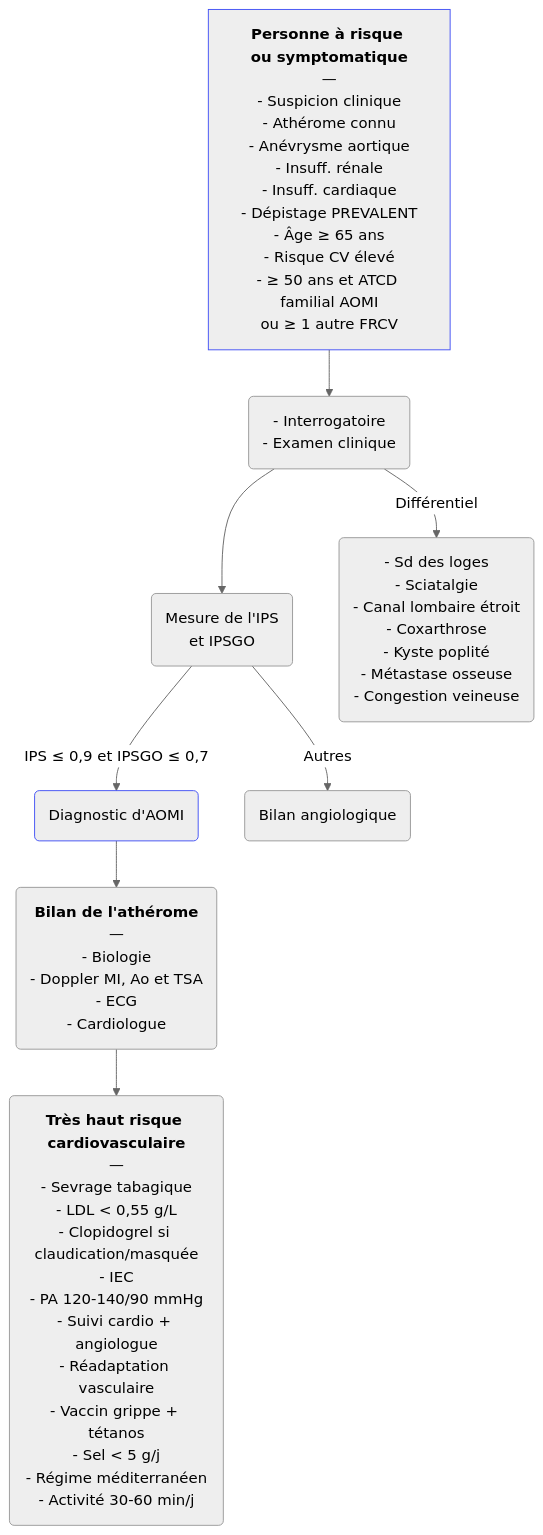
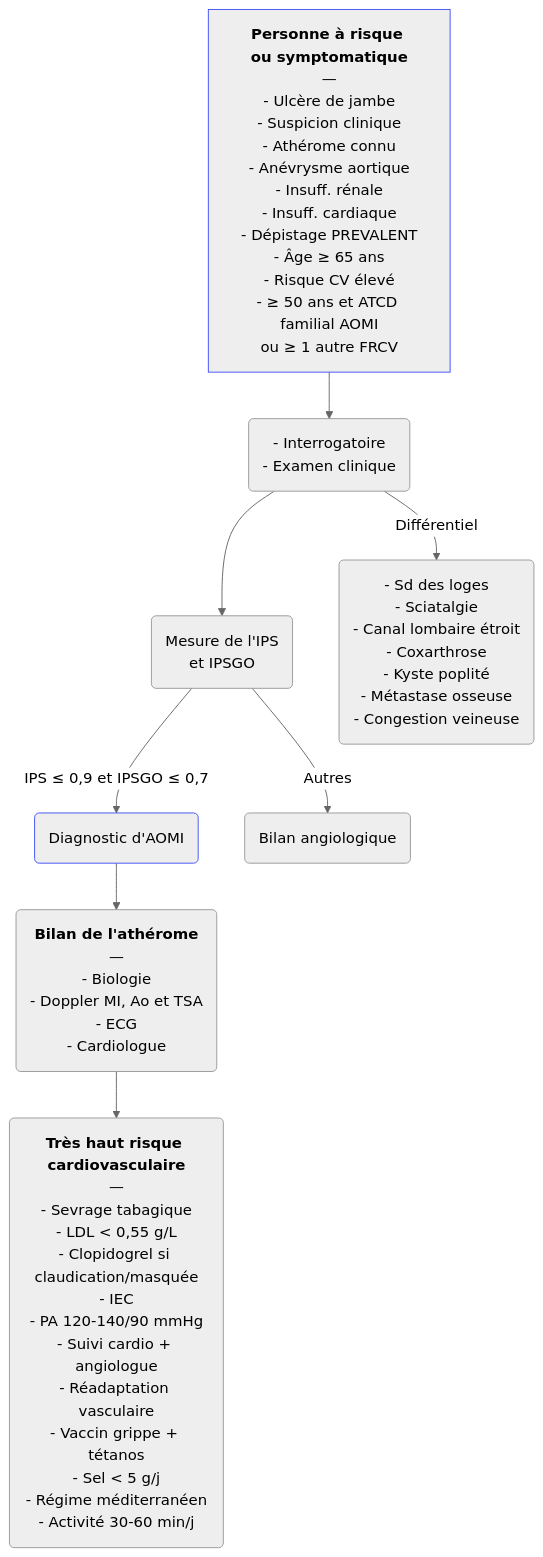
Before and after one commit to djibe/recommandations-medicales: the diagram in content/recommandations/arteriopathie-obliterante-membres-inferieurs.md, drawn with Mermaid (neutral theme). The commit also changed other lines of this file and 13 other files, not shown here.

```diff
--- a/content/recommandations/arteriopathie-obliterante-membres-inferieurs.md
+++ b/content/recommandations/arteriopathie-obliterante-membres-inferieurs.md
@@ -316,13 +317,13 @@
 {{< mermaid title="Conduite à tenir pour le dépistage de l'AOMI. Dr JB Fron d'après SFMV 2020 et ESC 2017" >}}
 graph TB
 accTitle: Prise en charge diagnostique de l'artériopathie oblitérante des membres inférieurs (AOMI) d'après SFMV 2020 et ESC 2017
-  depister["<b>Personne à risque</b> <br><b>ou symptomatique</b><br>—<br>- Suspicion clinique<br>- Athérome connu<br>- Anévrysme aortique<br>- Insuff. rénale<br>- Insuff. cardiaque<br>- Dépistage PREVALENT<br>- Âge ≥ 65 ans<br>- Risque CV élevé<br>- ≥ 50 ans et ATCD familial AOMI<br>ou ≥ 1 autre FRCV"] --> clinique("- Interrogatoire<br>- Examen clinique")
+  depister["<b>Personne à risque</b> <br><b>ou symptomatique</b><br>—<br>- Ulcère de jambe<br>- Suspicion clinique<br>- Athérome connu<br>- Anévrysme aortique<br>- Insuff. rénale<br>- Insuff. cardiaque<br>- Dépistage PREVALENT<br>- Âge ≥ 65 ans<br>- Risque CV élevé<br>- ≥ 50 ans et ATCD familial AOMI<br>ou ≥ 1 autre FRCV"] --> clinique("- Interrogatoire<br>- Examen clinique")
   style depister stroke:#4150f5, stroke-width:1px
     clinique --> ips("Mesure de l'IPS<br>et IPSGO")
       ips -- "IPS ≤ 0,9 et IPSGO ≤ 0,7" --> AOMI(Diagnostic d'AOMI)
       style AOMI stroke:#4150f5, stroke-width:1px
         AOMI --> bilan("<b>Bilan de l'athérome</b><br>—<br>- Biologie<br>- Doppler MI, Ao et TSA<br>- ECG<br>- Cardiologue")
           bilan --> ttt("<b>Très haut risque cardiovasculaire</b><br>—<br>- Sevrage tabagique<br>- LDL &lt; 0,55 g/L<br>- Clopidogrel si claudication/masquée<br>- IEC<br>- PA 120-140/90 mmHg<br>- Suivi cardio + angiologue<br>- Réadaptation vasculaire<br>- Vaccin grippe + tétanos<br>- Sel &lt; 5 g/j<br>- Régime méditerranéen<br>- Activité 30-60 min/j")
       ips -- "Autres" --> doppler(Bilan angiologique)
     clinique -- Différentiel --> diff("- Sd des loges<br>- Sciatalgie<br>- Canal lombaire étroit<br>- Coxarthrose<br>- Kyste poplité<br>- Métastase osseuse<br>- Congestion veineuse")
 {{< /mermaid >}}
```
